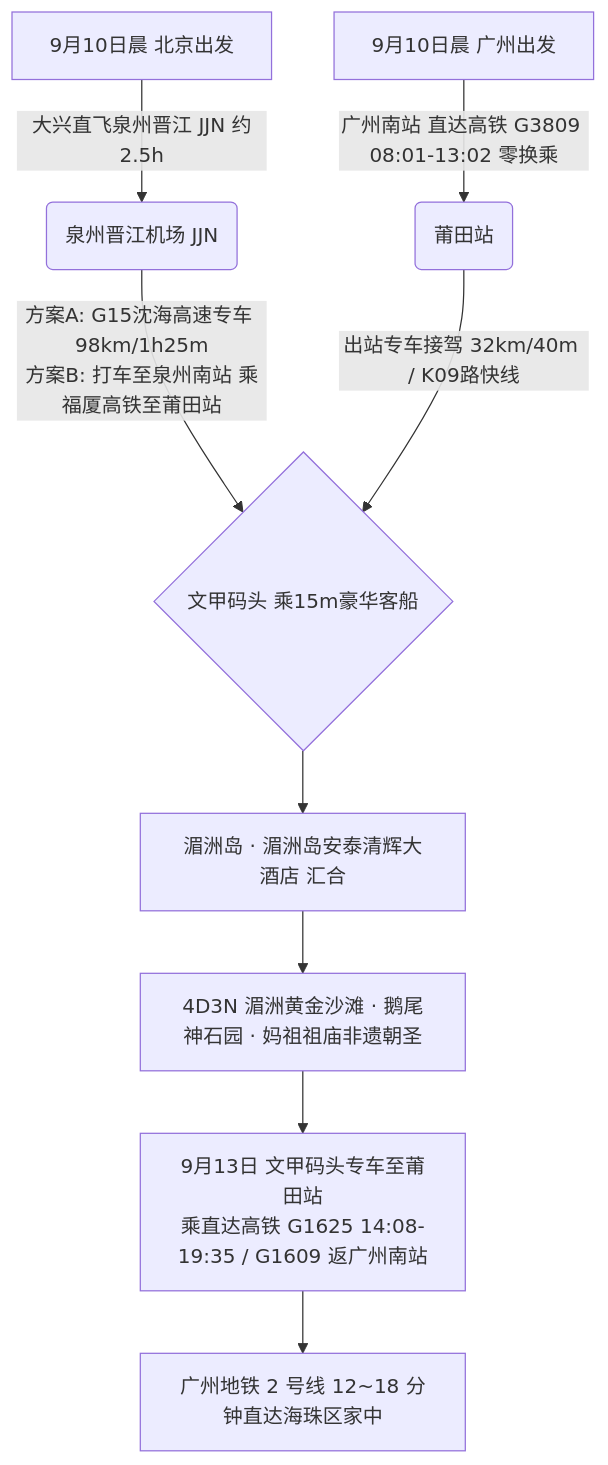
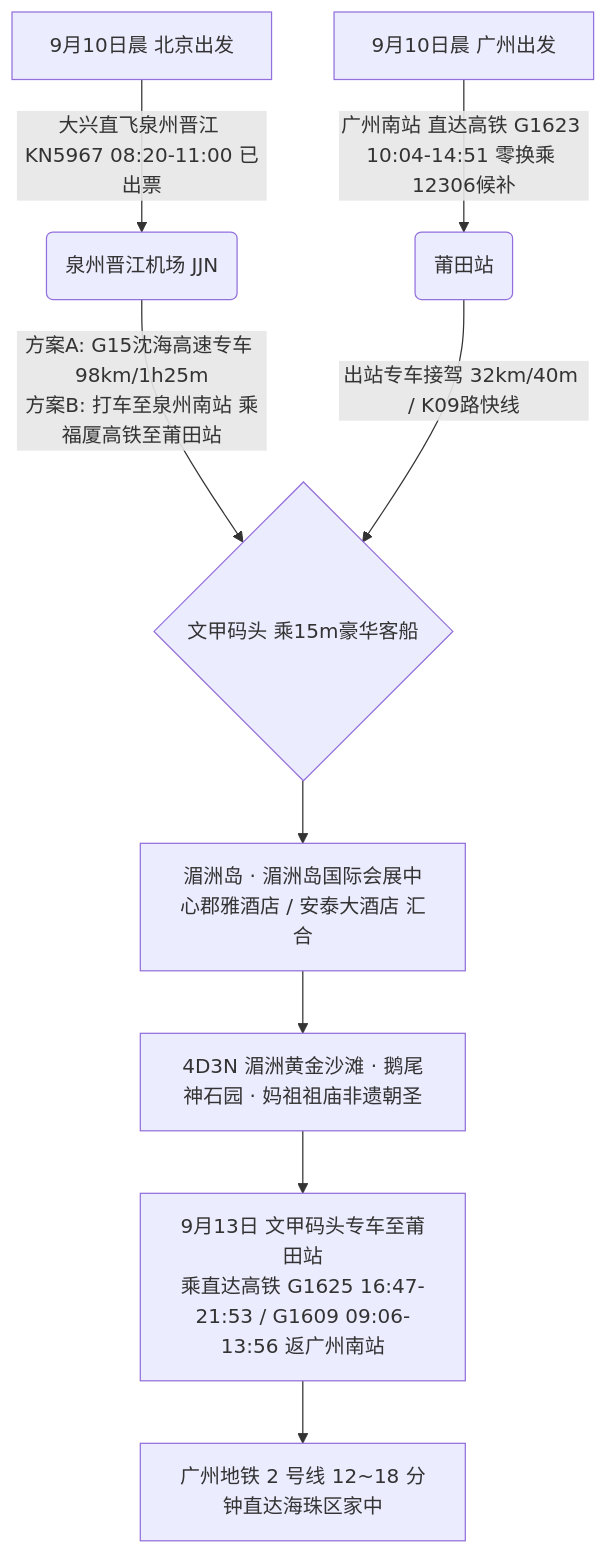
Before and after one commit to PhoenixNest/travel-agency: the first of 2 diagrams in fujian/putian/2026-09-10-beijing-to-putian-4d3n-travel-plan.md, drawn with Mermaid. The commit also changed other lines of this file and 26 other files, not shown here.

````diff
--- a/fujian/putian/2026-09-10-beijing-to-putian-4d3n-travel-plan.md
+++ b/fujian/putian/2026-09-10-beijing-to-putian-4d3n-travel-plan.md
@@ -29,15 +29,15 @@
 ```mermaid
 graph TD
-    A[9月10日晨 北京出发] -->|大兴直飞泉州晋江 JJN 约2.5h| B(泉州晋江机场 JJN)
+    A[9月10日晨 北京出发] -->|大兴直飞泉州晋江 KN5967 08:20-11:00 已出票| B(泉州晋江机场 JJN)
     B -->|方案A: G15沈海高速专车 98km/1h25m<br/>方案B: 打车至泉州南站 乘福厦高铁至莆田站| E{文甲码头 乘15m豪华客船}
 
-    C[9月10日晨 广州出发] -->|广州南站 直达高铁 G3809 08:01-13:02 零换乘| D(莆田站)
+    C[9月10日晨 广州出发] -->|广州南站 直达高铁 G1623 10:04-14:51 零换乘 12306候补| D(莆田站)
     D -->|出站专车接驾 32km/40m / K09路快线| E
 
-    E --> F[湄洲岛 · 湄洲岛安泰清辉大酒店 汇合]
+    E --> F[湄洲岛 · 湄洲岛国际会展中心郡雅酒店 / 安泰大酒店 汇合]
 
     F --> G[4D3N 湄洲黄金沙滩 · 鹅尾神石园 · 妈祖祖庙非遗朝圣]
 
-    G --> H[9月13日 文甲码头专车至莆田站<br/>乘直达高铁 G1625 14:08-19:35 / G1609 返广州南站]
+    G --> H[9月13日 文甲码头专车至莆田站<br/>乘直达高铁 G1625 16:47-21:53 / G1609 09:06-13:56 返广州南站]
     H --> I[广州地铁 2 号线 12~18 分钟直达海珠区家中]
 ```
````
